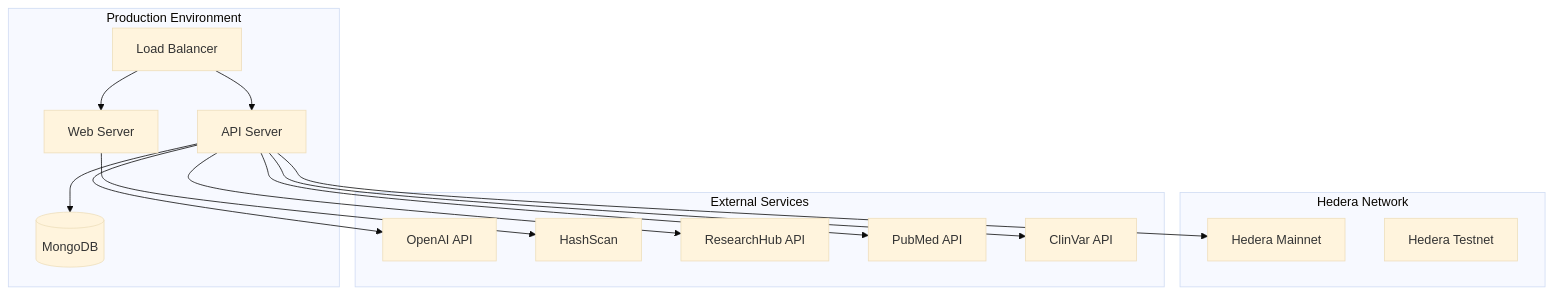
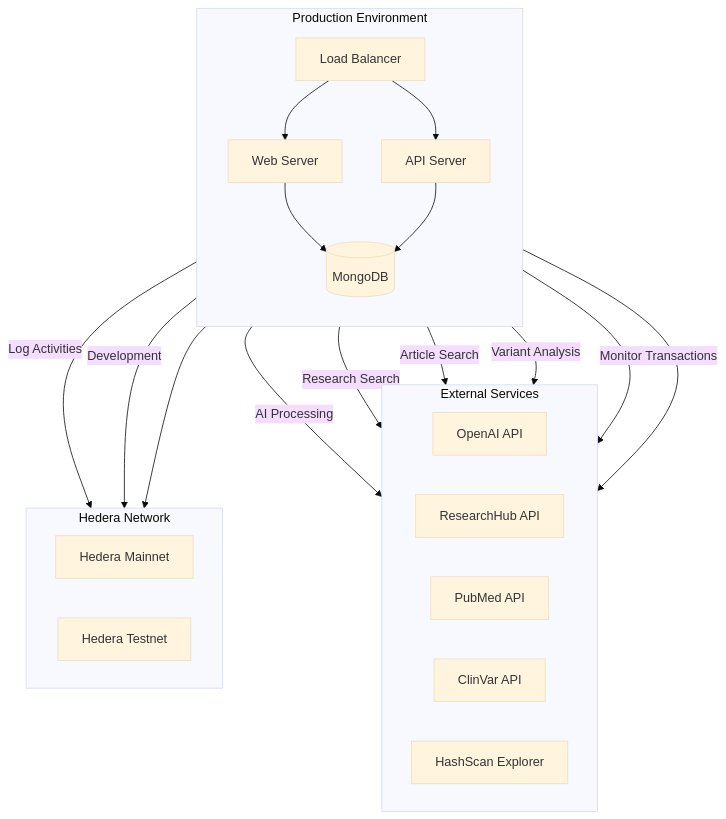
The tenth of 10 diagrams in docs/architecture-diagrams.md (Acoercode/hedera_africa_hackathon), drawn with Mermaid (base theme) before and after one commit. The commit also changed other lines of this file and 1 other file, not shown here.

Commit message:
update arch diagrams, fix resource bug

````diff
--- a/docs/architecture-diagrams.md
+++ b/docs/architecture-diagrams.md
@@ -411,32 +444,41 @@
 ```mermaid
-graph TB
-    subgraph "Production Environment"
+flowchart TB
+    subgraph PROD["Production Environment"]
+        direction TB
         LB[Load Balancer]
         WEB[Web Server]
         API[API Server]
         DB[(MongoDB)]
+        LB --> WEB
+        LB --> API
+        WEB --> DB
+        API --> DB
     end
     
-    subgraph "Hedera Network"
+    subgraph EXT["External Services"]
+        direction LR
+        OPENAI[OpenAI API]
+        RESEARCHHUB[ResearchHub API]
+        PUBMED[PubMed API]
+        CLINVAR[ClinVar API]
+        HASHSCAN[HashScan Explorer]
+    end
+    
+    subgraph HED["Hedera Network"]
+        direction LR
         MAINNET[Hedera Mainnet]
         TESTNET[Hedera Testnet]
     end
     
-    subgraph "External Services"
-        OPENAI[OpenAI API]
-        HASHSCAN[HashScan]
-        RESEARCHHUB[ResearchHub API]
-        PUBMED[PubMed API]
-        CLINVAR[ClinVar API]
-    end
+    PROD --> EXT
+    PROD --> HED
     
-    LB --> WEB
-    LB --> API
-    API --> DB
-    API --> MAINNET
-    API --> OPENAI
-    API --> RESEARCHHUB
-    API --> PUBMED
-    API --> CLINVAR
-    WEB --> HASHSCAN
+    API -->|"AI Processing"| OPENAI
+    API -->|"Research Search"| RESEARCHHUB
+    API -->|"Article Search"| PUBMED
+    API -->|"Variant Analysis"| CLINVAR
+    API -->|"Monitor Transactions"| HASHSCAN
+    
+    API -->|"Log Activities"| MAINNET
+    API -->|"Development"| TESTNET
 ```
````
